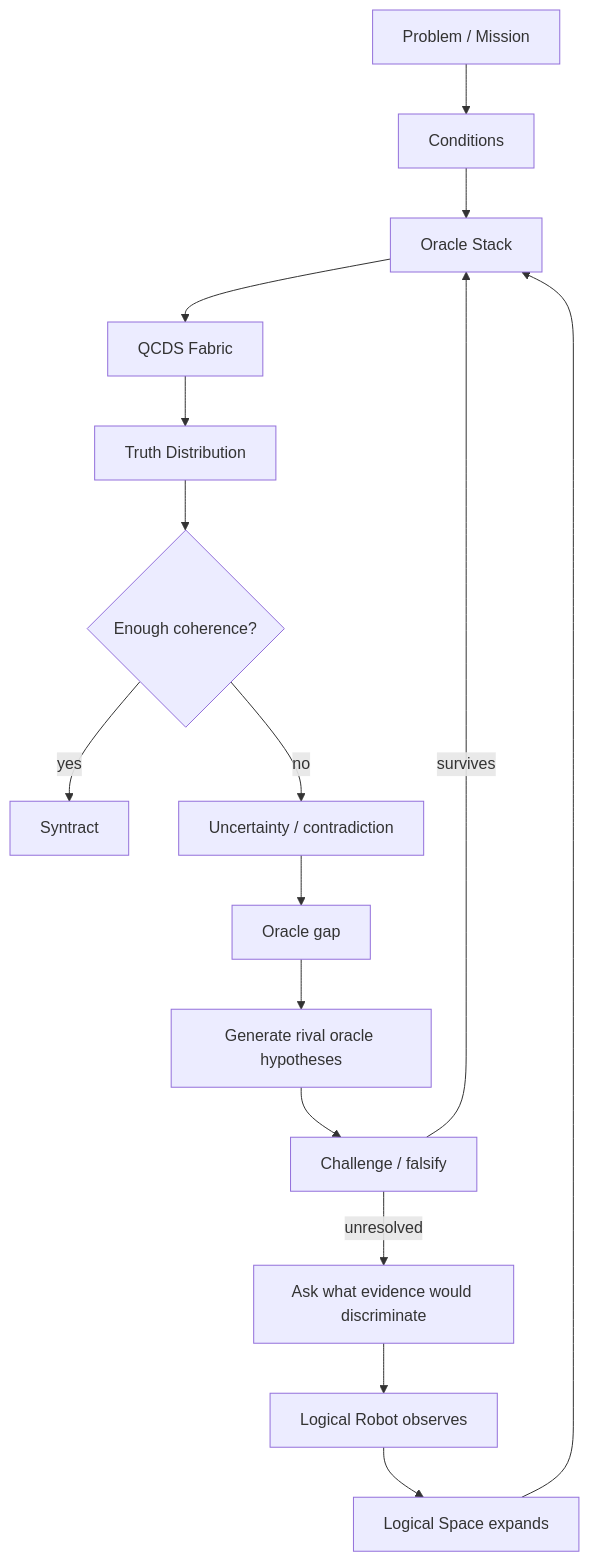
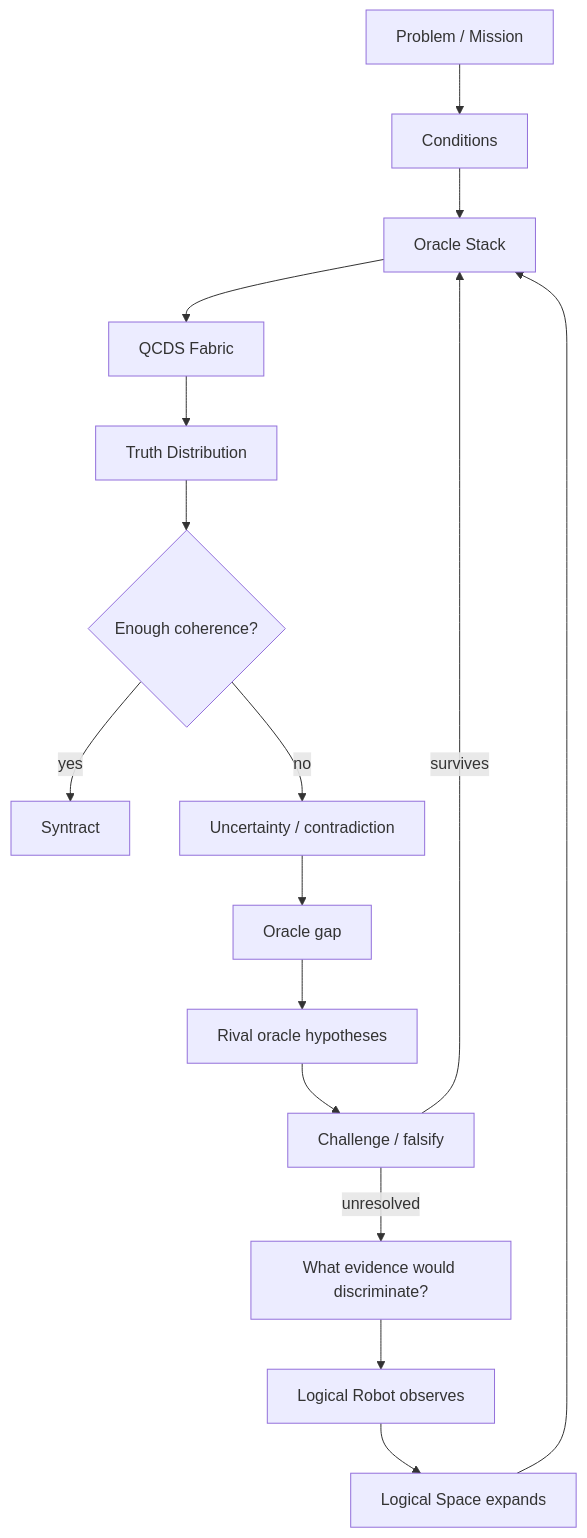
Before and after one commit to iampathat/thesyntractvision: the second of 2 diagrams in README.md, drawn with Mermaid. The commit also changed other lines of this file, not shown here.

````diff
--- a/README.md
+++ b/README.md
@@ -67,18 +168,18 @@
 ```mermaid
 flowchart TD
     A[Problem / Mission] --> B[Conditions]
     B --> C[Oracle Stack]
     C --> D[QCDS Fabric]
     D --> E[Truth Distribution]
     E --> F{Enough coherence?}
     F -->|yes| G[Syntract]
     F -->|no| H[Uncertainty / contradiction]
     H --> I[Oracle gap]
-    I --> J[Generate rival oracle hypotheses]
+    I --> J[Rival oracle hypotheses]
     J --> K[Challenge / falsify]
     K -->|survives| C
-    K -->|unresolved| M[Ask what evidence would discriminate]
+    K -->|unresolved| M[What evidence would discriminate?]
     M --> R[Logical Robot observes]
     R --> L[Logical Space expands]
     L --> C
 ```
````
